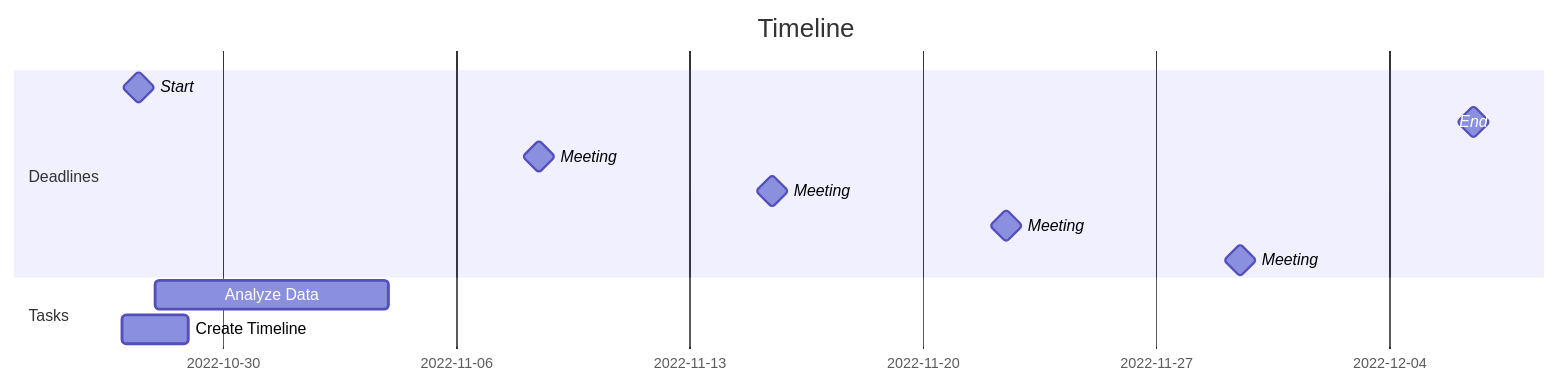
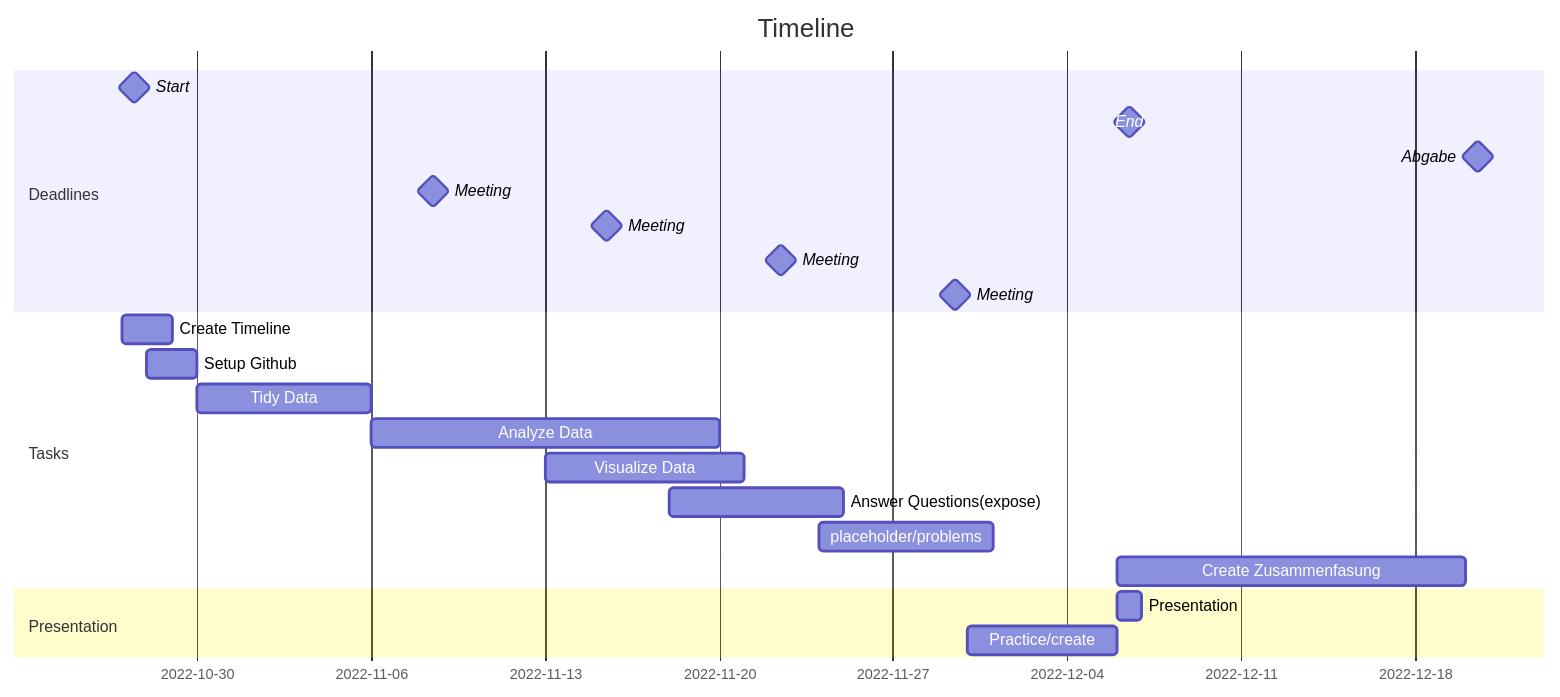
The diagram in README.md (pamela-tueam/ws22airbnb), drawn with Mermaid before and after one commit. The commit also changed other lines of this file, not shown here.

````diff
--- a/README.md
+++ b/README.md
@@ -1,15 +2,26 @@
 ```mermaid
 gantt
     title Timeline
     dateFormat  YYYY-MM-DD
     section Deadlines
     Start           :milestone, m1,2022-10-27, 1d
     End             :milestone, m2,2022-12-06, 1d
+    Abgabe             :milestone, m2,2022-12-20, 1d
     Meeting           :milestone, m2,2022-11-08, 1d
     Meeting           :milestone, m3,2022-11-15, 1d
     Meeting           :milestone, m1,2022-11-22, 1d
-    Meeting           :milestone, m1,2022-11-29, 1d
+    Meeting           :milestone, m1,2022-11-29, 1d   
     section Tasks
-    Analyze Data :a1,2022-10-28,7d
     Create Timeline :a1,2022-10-27,2d
+    Setup Github: a1,2022-10-28,2d
+    Tidy Data :a1,2022-10-30,7d
+    Analyze Data: a1,2022-11-06,14d
+    Visualize Data: a1,2022-11-13,8d
+    Answer Questions(expose): a1,2022-11-18,7d
+    placeholder/problems: a1,2022-11-24,7d
+    Create Zusammenfasung :a1,2022-12-06,14d
+    section Presentation
+    Presentation :a1,2022-12-06,1d
+    Practice/create :a1,2022-11-30,6d
+    
 ```
````
